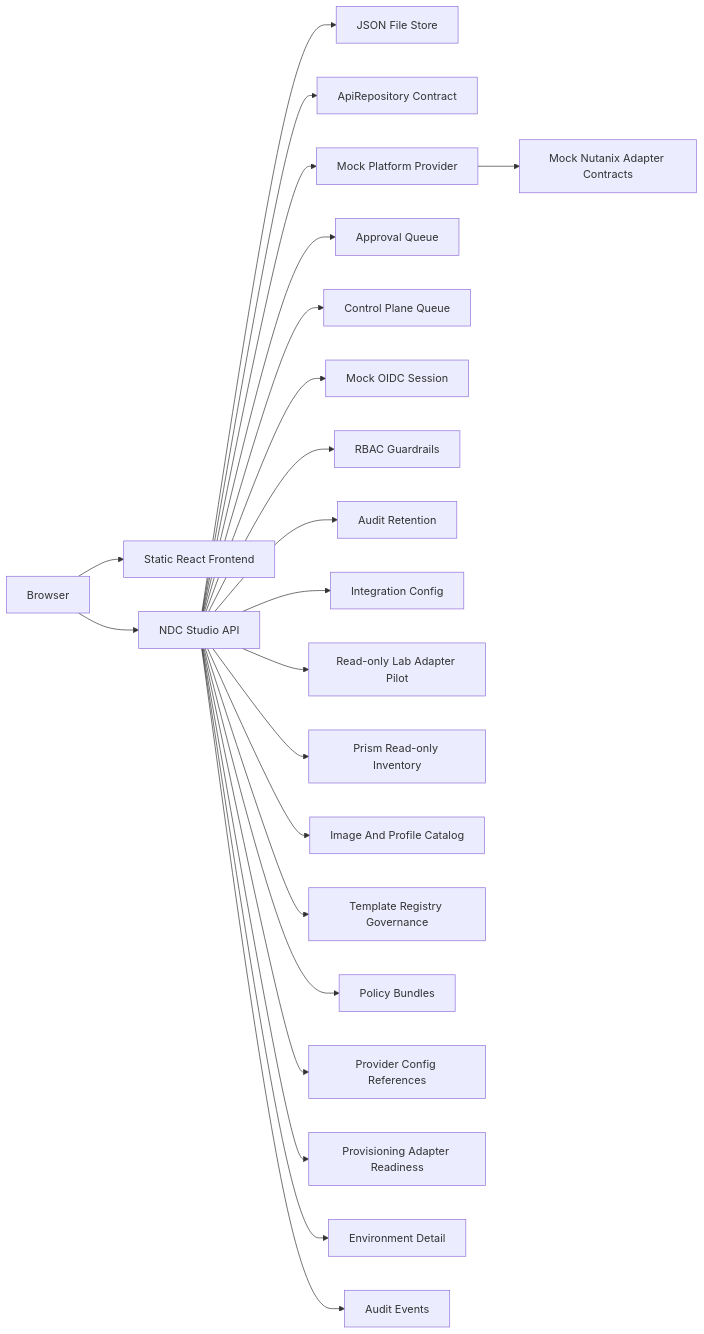
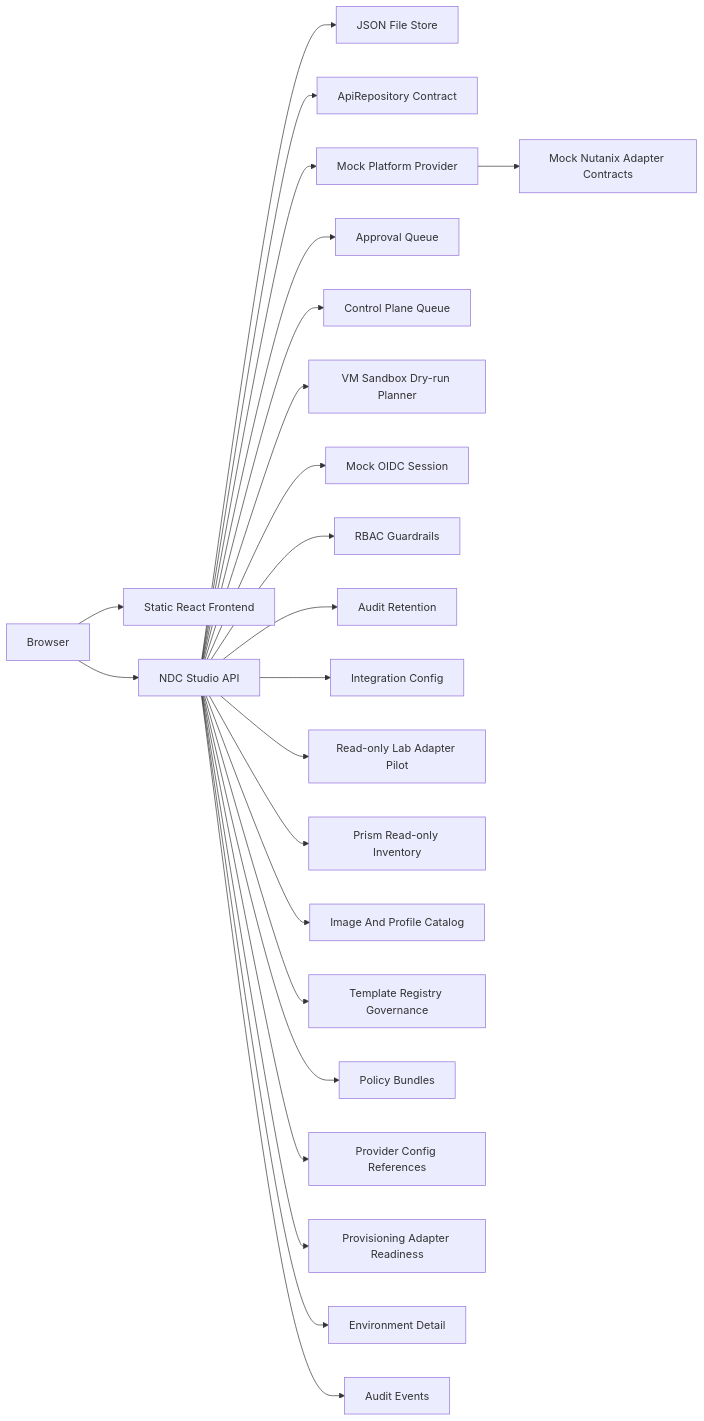
The second of 2 diagrams in docs/architecture.md (VirtuArchitect/nutanix-developer-cloud-studio), drawn with Mermaid before and after one commit. The commit also changed other lines of this file and 21 other files, not shown here.

Commit message:
Add v1.0 VM sandbox dry-run

````diff
--- a/docs/architecture.md
+++ b/docs/architecture.md
@@ -21,24 +21,25 @@
 ```mermaid
 flowchart LR
     Browser["Browser"] --> Web["Static React Frontend"]
     Browser --> Api["NDC Studio API"]
     Api --> Store["JSON File Store"]
     Api --> Repo["ApiRepository Contract"]
     Api --> Provider["Mock Platform Provider"]
     Provider --> Adapters["Mock Nutanix Adapter Contracts"]
     Api --> Approvals["Approval Queue"]
     Api --> Queue["Control Plane Queue"]
+    Api --> VmDryRun["VM Sandbox Dry-run Planner"]
     Api --> Identity["Mock OIDC Session"]
     Api --> Rbac["RBAC Guardrails"]
     Api --> AuditRetention["Audit Retention"]
     Api --> Config["Integration Config"]
     Api --> LabAdapters["Read-only Lab Adapter Pilot"]
     Api --> PrismInventory["Prism Read-only Inventory"]
     Api --> Inventory["Image And Profile Catalog"]
     Api --> Registry["Template Registry Governance"]
     Api --> Bundles["Policy Bundles"]
     Api --> ProviderConfig["Provider Config References"]
     Api --> AdapterReadiness["Provisioning Adapter Readiness"]
     Api --> Details["Environment Detail"]
     Api --> Audit["Audit Events"]
 ```
````
